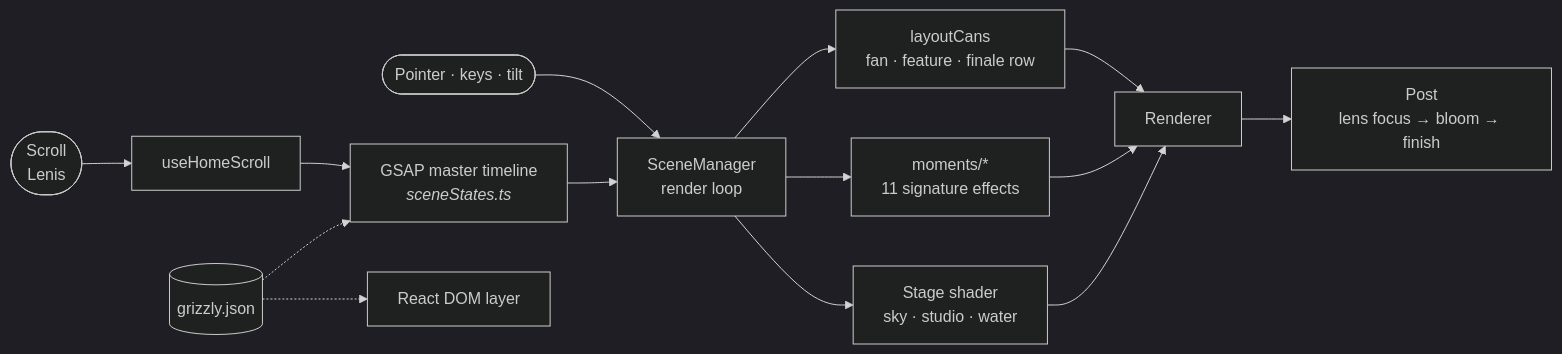
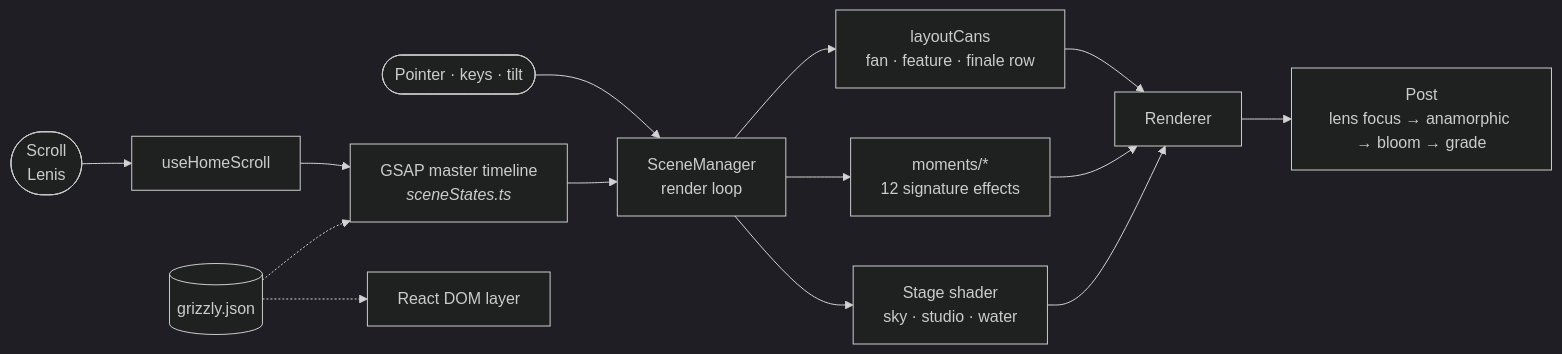
Before and after one commit to baigcoder/ciao-energy: the diagram in README.md, drawn with Mermaid (dark theme). The commit also changed other lines of this file and 10 other files, not shown here.

````diff
--- a/README.md
+++ b/README.md
@@ -156,14 +158,14 @@
 ```mermaid
 flowchart LR
     S([Scroll<br/>Lenis]) --> H[useHomeScroll]
     H --> T[GSAP master timeline<br/><i>sceneStates.ts</i>]
     P([Pointer · keys · tilt]) --> M
     T --> M[SceneManager<br/>render loop]
     M --> L[layoutCans<br/>fan · feature · finale row]
-    M --> MO[moments/*<br/>11 signature effects]
+    M --> MO[moments/*<br/>12 signature effects]
     M --> ST[Stage shader<br/>sky · studio · water]
     L & MO & ST --> R[Renderer]
-    R --> PF[Post<br/>lens focus → bloom → finish]
+    R --> PF[Post<br/>lens focus → anamorphic → bloom → grade]
     D[(grizzly.json)] -.-> T
     D -.-> UI[React DOM layer]
 ```
````
